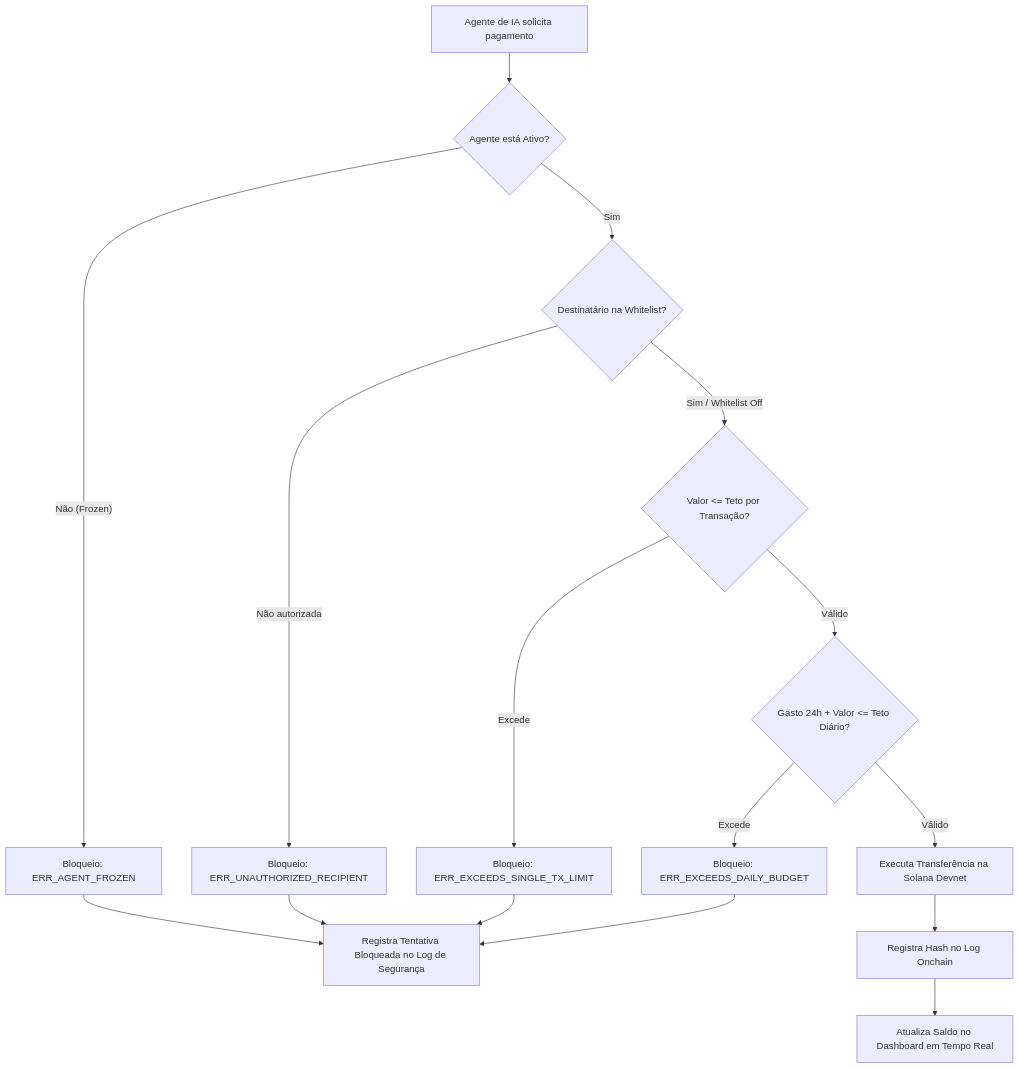
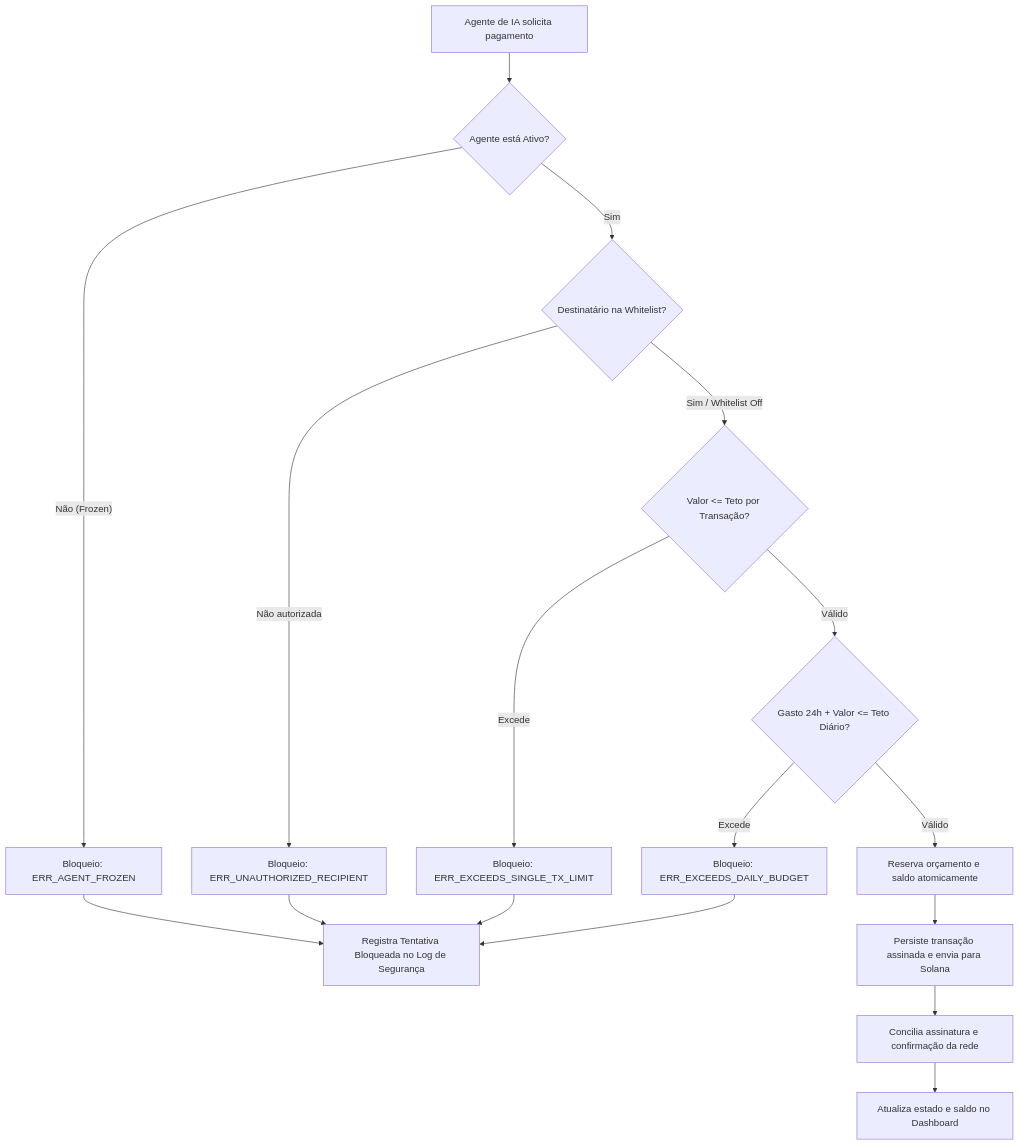
Before and after one commit to bernardo-assis/Hakaton: the first of 2 diagrams in docs/prd.md, drawn with Mermaid. The commit also changed other lines of this file and 14 other files, not shown here.

Commit message:
fix(db): harden payment schema and align database contracts

````diff
--- a/docs/prd.md
+++ b/docs/prd.md
@@ -106,18 +115,19 @@
 ```mermaid
 flowchart TD
     A[Agente de IA solicita pagamento] --> B{Agente está Ativo?}
     B -- Não (Frozen) --> C[Bloqueio: ERR_AGENT_FROZEN]
     B -- Sim --> D{Destinatário na Whitelist?}
     D -- Não autorizada --> E[Bloqueio: ERR_UNAUTHORIZED_RECIPIENT]
     D -- Sim / Whitelist Off --> F{Valor <= Teto por Transação?}
     F -- Excede --> G[Bloqueio: ERR_EXCEEDS_SINGLE_TX_LIMIT]
     F -- Válido --> H{Gasto 24h + Valor <= Teto Diário?}
     H -- Excede --> I[Bloqueio: ERR_EXCEEDS_DAILY_BUDGET]
-    H -- Válido --> J[Executa Transferência na Solana Devnet]
-    J --> K[Registra Hash no Log Onchain]
-    K --> L[Atualiza Saldo no Dashboard em Tempo Real]
+    H -- Válido --> R[Reserva orçamento e saldo atomicamente]
+    R --> J[Persiste transação assinada e envia para Solana]
+    J --> K[Concilia assinatura e confirmação da rede]
+    K --> L[Atualiza estado e saldo no Dashboard]
     C --> M[Registra Tentativa Bloqueada no Log de Segurança]
     E --> M
     G --> M
     I --> M
 ```
````
